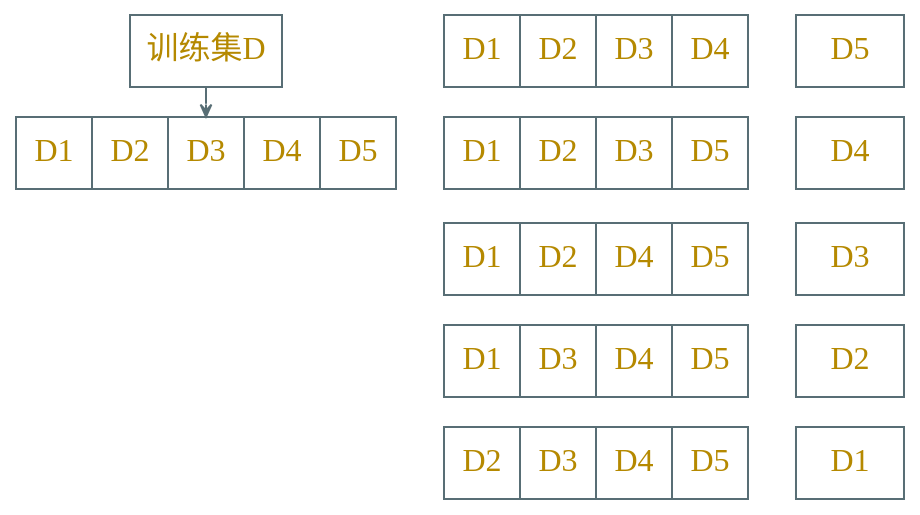
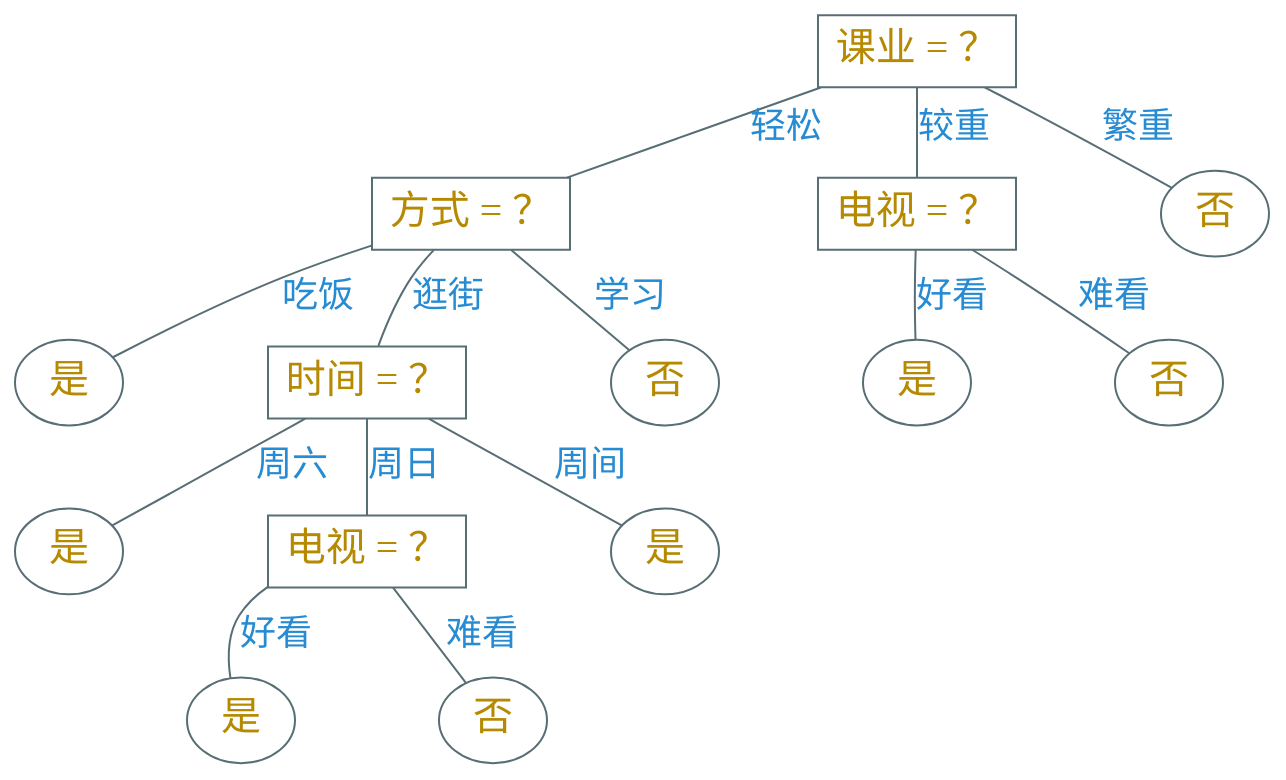
Before and after one commit to Avanti1980/course-ml: the diagram in slides/temp.md, drawn with Graphviz. The commit also changed other lines of this file and 3 other files, not shown here.

````diff
--- a/slides/temp.md
+++ b/slides/temp.md
@@ -105,57 +23,48 @@
-```dot
+```dot {.center}
 digraph g {
-    graph [nodesep=0.3, ranksep=0.2]
-    rankdir=TB
+    graph [nodesep=1.0, ranksep=0.3]
     bgcolor="transparent"
-    node [shape=box color="#586e75" fontcolor="#b58900" fontsize=16 fontname="Ysabeau,LXGWWenKai"]
-    edge [arrowhead=vee color="#586e75" fontcolor="#dc322f" fontsize=16 fontname="Ysabeau,LXGWWenKai" arrowsize=0.6]
+    node [shape=box color="#586e75" fontcolor="#b58900" fontsize=20 fontname="Ysabeau,LXGWWenKai"]
+    edge [color="#586e75" fontcolor="#268bd2" fontsize=18 fontname="Ysabeau,LXGWWenKai" arrowhead=none]
 
-    subgraph cluster_0 {
-        color="#586e75"
-        fontcolor="#dc322f"
-        fontname="Ysabeau,LXGWWenKai"
-        style="invis"
+    "课业 = ？" -> "方式 = ？" [label="轻松"]
+    "课业 = ？" -> "电视 = ？" [label="较重"]
 
-        训练集D
+    node [shape=ellipse]
+    y1 [label="是"]
+    y2 [label="是"]
+    y4 [label="是"]
+    n1 [label="否"]
 
-        node [shape=record fontcolor="#b58900"];
+    n3 [label="否"]
+    n4 [label="否"]
 
-        struct0 [label="D1|D2|D3|D4|D5"];
+    "课业 = ？" -> "n1" [label="繁重"]
 
-        训练集D -> struct0;
-    }
+    "方式 = ？" -> "是" [label="吃饭"]
 
-    subgraph cluster_1 {
-        style="invis"
+    node [shape=box]
+    "方式 = ？" -> "时间 = ？" [label="逛街"]
 
-        node [shape=record fontcolor="#b58900"];
-        struct1 [label="D1|D2|D3|D4"];
-        struct2 [label="D1|D2|D3|D5"];
-        struct3 [label="D1|D2|D4|D5"];
-        struct4 [label="D1|D3|D4|D5"];
-        struct5 [label="D2|D3|D4|D5"];
+    node [shape=ellipse]
+    n2 [label="否"]
+    "方式 = ？" -> "n2" [label="学习"]
 
-        struct1 -> struct2 [style=invis];
-        struct2 -> struct3 [style=invis];
-        struct3 -> struct4 [style=invis];
-        struct4 -> struct5 [style=invis];
-    }
+    "电视 = ？" -> "y1" [label="好看"]
+    "电视 = ？" -> "n3" [label="难看"]
 
-    subgraph cluster_2 {
-        style="invis"
+    "时间 = ？" -> "y2" [label="周六"]
 
-        node [shape=record fontcolor="#b58900"];
-        D5 -> D4 -> D3 -> D2 -> D1 [style=invis];
+    node [shape=box]
+    tv [label="电视 = ？"]
 
-        struct1 -> struct2 [style=invis];
-        struct2 -> struct3 [style=invis];
-        struct3 -> struct4 [style=invis];
-        struct4 -> struct5 [style=invis];
-    }
+    "时间 = ？" -> tv [label="周日"]
 
+    node [shape=ellipse]
+    y3 [label="是"]
+    "时间 = ？" -> "y3" [label="周间"]
 
-
-
-
+    tv -> "y4" [label="好看"]
+    tv -> "n4" [label="难看"]
 }
 ```
````
